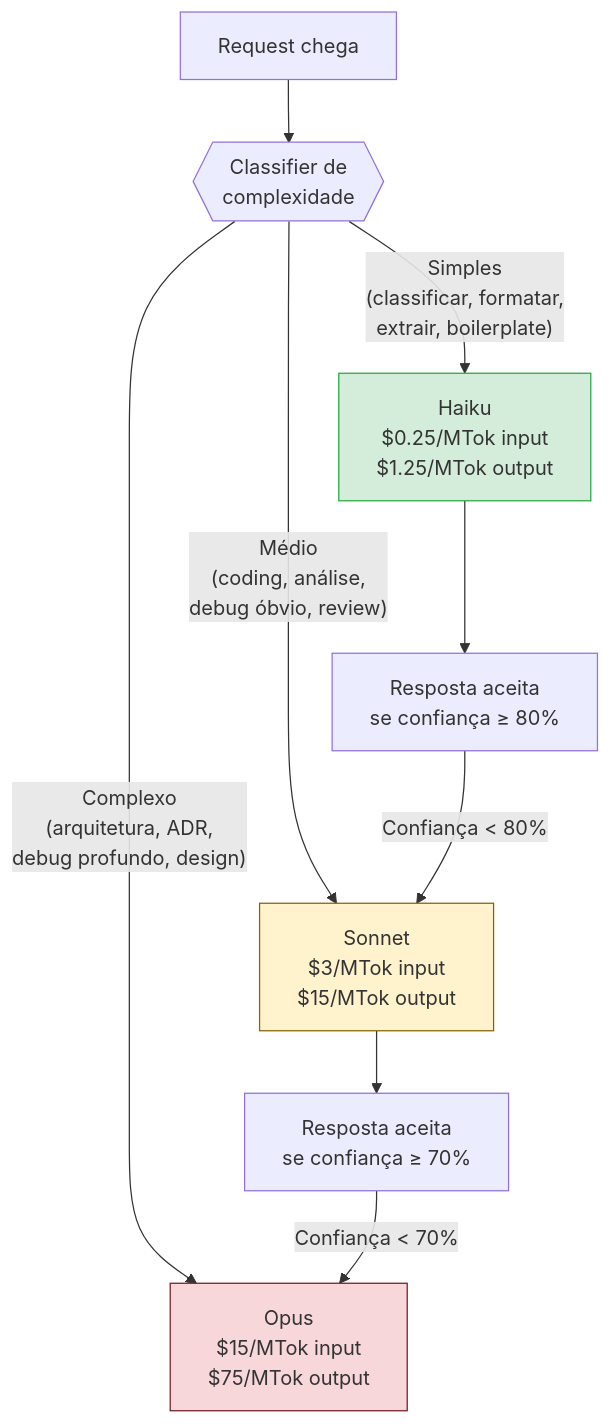
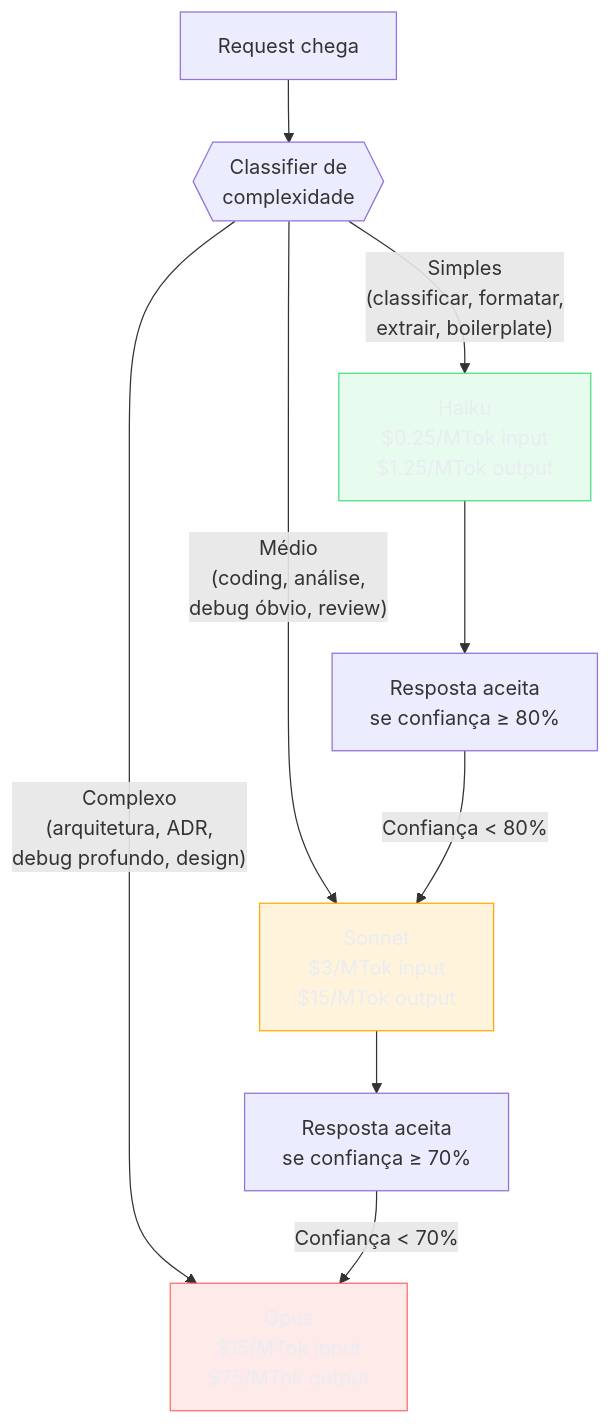
One commit to josenaldo/codex-technomanticus changed the diagram in 03-Dominios/Tecnologia/IA/Economia de Tokens/09 - Model routing — modelo certo para a tarefa.md. Above: the diagram before and after it, drawn with Mermaid. The commit also changed 1181 other files, not shown here.

First line of the commit message:
fix(diagramas): paleta do sistema no lugar de cor cravada no markdown

````diff
--- a/03-Dominios/Tecnologia/IA/Economia de Tokens/09 - Model routing — modelo certo para a tarefa.md
+++ b/03-Dominios/Tecnologia/IA/Economia de Tokens/09 - Model routing — modelo certo para a tarefa.md
@@ -41,17 +41,20 @@
 ```mermaid
 flowchart TD
+    classDef ok fill:#4ADE8021,stroke:#4ADE80,color:#E9ECF2
+    classDef destaque fill:#FFAA0024,stroke:#FFAA00,color:#E9ECF2
+    classDef falha fill:#FF6B6B24,stroke:#FF6B6B,color:#E9ECF2
     A["Request chega"] --> B{{"Classifier de\ncomplexidade"}}
     
     B -->|"Simples\n(classificar, formatar,\nextrair, boilerplate)"| C["Haiku\n$0.25/MTok input\n$1.25/MTok output"]
     B -->|"Médio\n(coding, análise,\ndebug óbvio, review)"| D["Sonnet\n$3/MTok input\n$15/MTok output"]
     B -->|"Complexo\n(arquitetura, ADR,\ndebug profundo, design)"| E["Opus\n$15/MTok input\n$75/MTok output"]
     
     C --> F["Resposta aceita\nse confiança ≥ 80%"]
     F -->|"Confiança < 80%"| D
     D --> G["Resposta aceita\nse confiança ≥ 70%"]
     G -->|"Confiança < 70%"| E
 
-    style C fill:#d4edda,stroke:#28a745
-    style D fill:#fff3cd,stroke:#856404
-    style E fill:#f8d7da,stroke:#721c24
+    class C ok
+    class D destaque
+    class E falha
 ```
````
